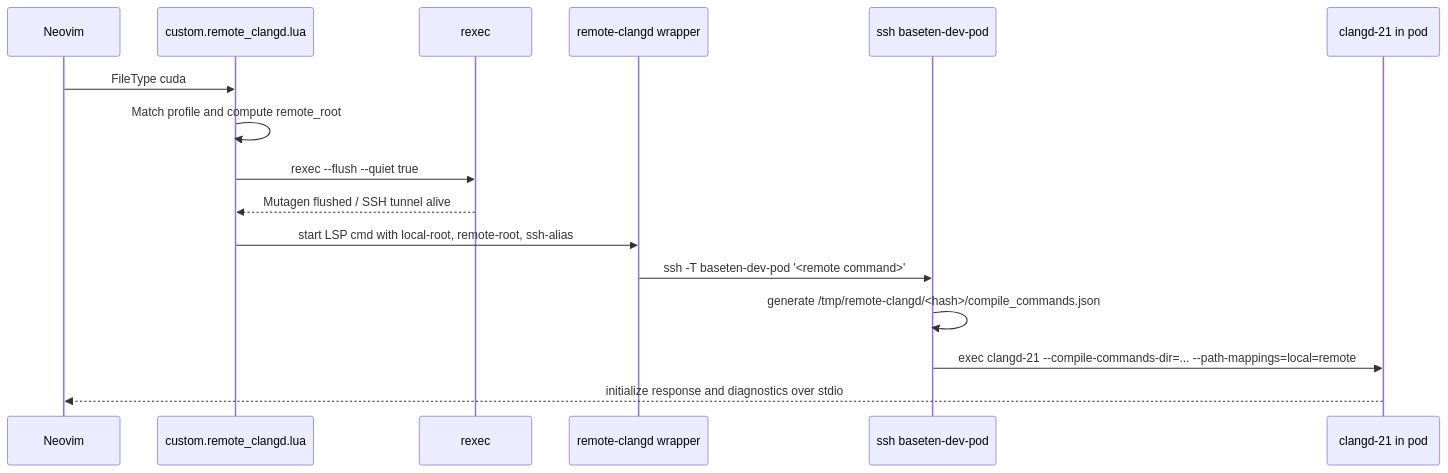
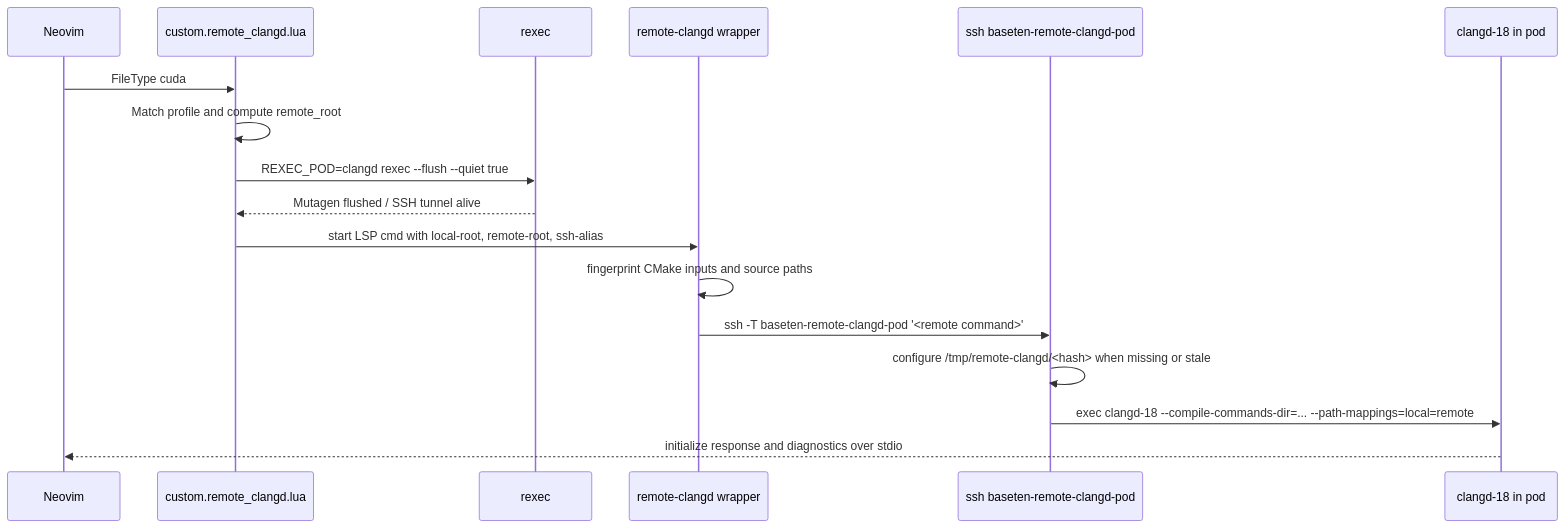
One commit to dukebw/dotfiles changed the third of 4 diagrams in docs/remote-clangd.md. Above: the diagram before and after it, drawn with Mermaid. The commit also changed other lines of this file and 9 other files, not shown here.

Commit message:
Automate remote clangd worktree setup

````diff
--- a/docs/remote-clangd.md
+++ b/docs/remote-clangd.md
@@ -166,19 +188,20 @@
 ```mermaid
 sequenceDiagram
   participant N as Neovim
   participant M as custom.remote_clangd.lua
   participant R as rexec
   participant W as remote-clangd wrapper
-  participant S as ssh baseten-dev-pod
-  participant C as clangd-21 in pod
+  participant S as ssh baseten-remote-clangd-pod
+  participant C as clangd-18 in pod
 
   N->>M: FileType cuda
   M->>M: Match profile and compute remote_root
-  M->>R: rexec --flush --quiet true
+  M->>R: REXEC_POD=clangd rexec --flush --quiet true
   R-->>M: Mutagen flushed / SSH tunnel alive
   M->>W: start LSP cmd with local-root, remote-root, ssh-alias
-  W->>S: ssh -T baseten-dev-pod '<remote command>'
-  S->>S: generate /tmp/remote-clangd/<hash>/compile_commands.json
-  S->>C: exec clangd-21 --compile-commands-dir=... --path-mappings=local=remote
+  W->>W: fingerprint CMake inputs and source paths
+  W->>S: ssh -T baseten-remote-clangd-pod '<remote command>'
+  S->>S: configure /tmp/remote-clangd/<hash> when missing or stale
+  S->>C: exec clangd-18 --compile-commands-dir=... --path-mappings=local=remote
   C-->>N: initialize response and diagnostics over stdio
 ```
````
